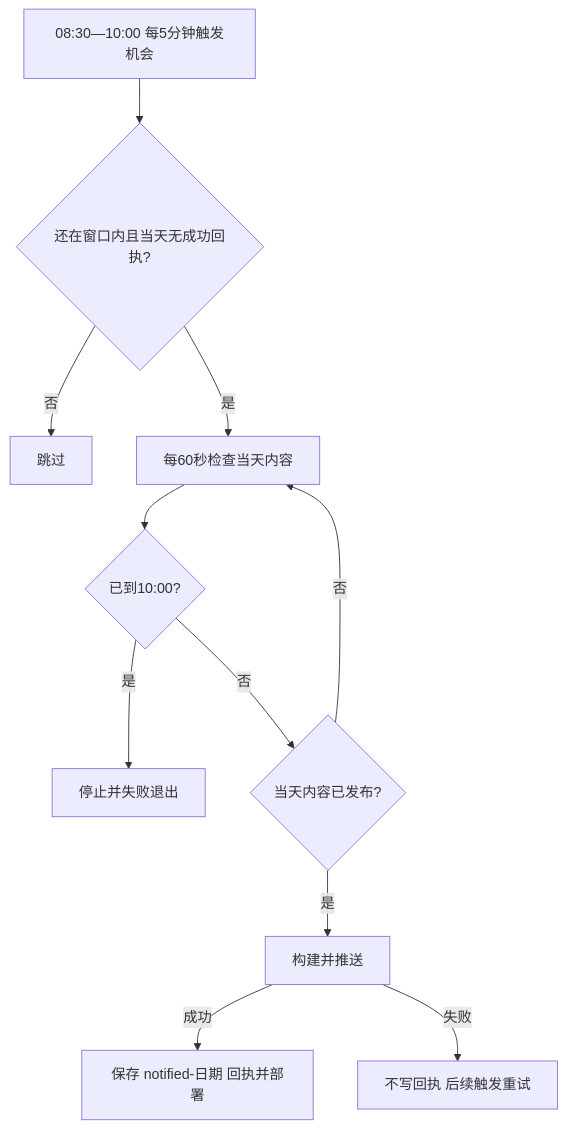
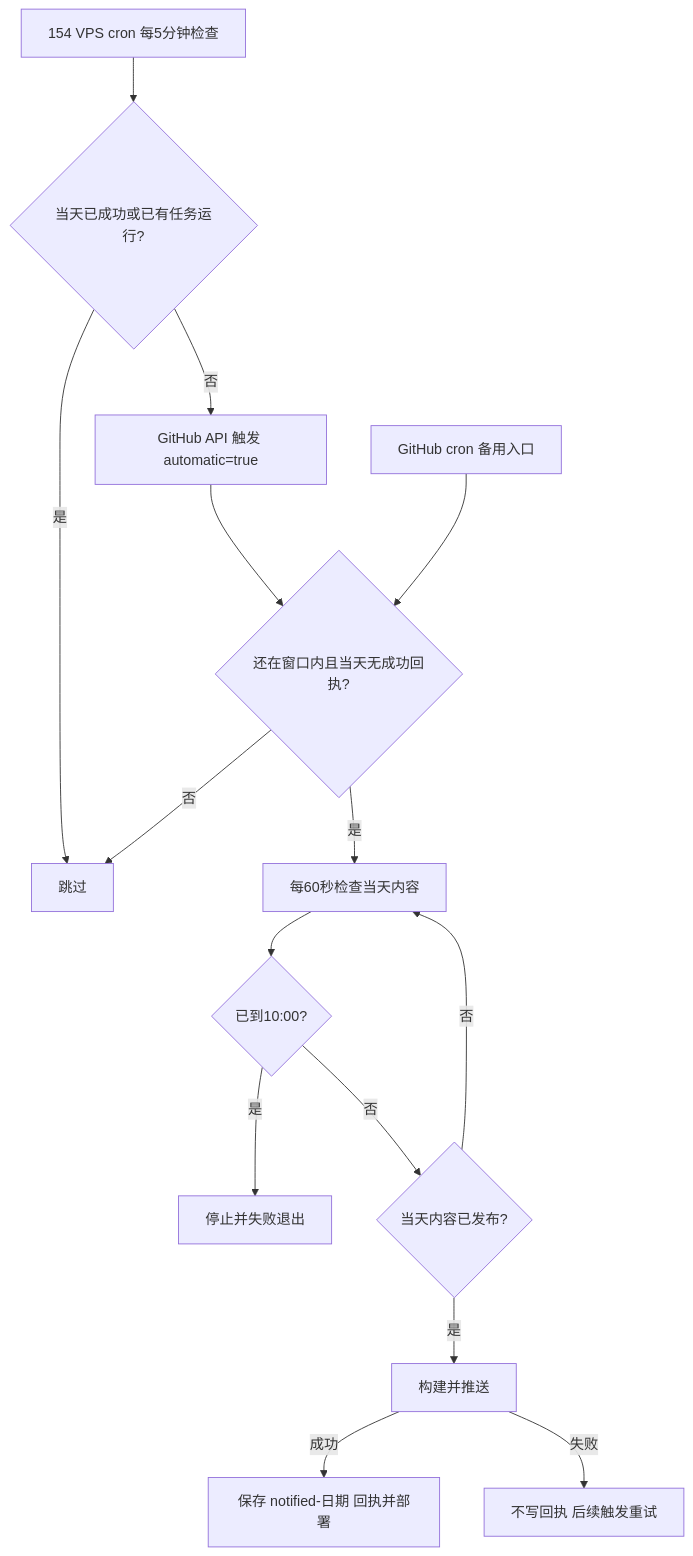
One commit to bufferducky/ai-daily changed the diagram in README.md. Above: the diagram before and after it, drawn with Mermaid. The commit also changed other lines of this file and 10 other files, not shown here.

````diff
--- a/README.md
+++ b/README.md
@@ -89,13 +92,17 @@
 ```mermaid
 flowchart TD
-    A[08:30—10:00 每5分钟触发机会] --> B{还在窗口内且当天无成功回执?}
+    A[154 VPS cron 每5分钟检查] --> A1{当天已成功或已有任务运行?}
+    A1 -->|是| C[跳过]
+    A1 -->|否| A2[GitHub API 触发 automatic=true]
+    A2 --> B{还在窗口内且当天无成功回执?}
+    A3[GitHub cron 备用入口] --> B
     B -->|否| C[跳过]
     B -->|是| D[每60秒检查当天内容]
     D --> E{已到10:00?}
     E -->|是| F[停止并失败退出]
     E -->|否| G{当天内容已发布?}
     G -->|否| D
     G -->|是| H[构建并推送]
     H -->|成功| I[保存 notified-日期 回执并部署]
     H -->|失败| J[不写回执 后续触发重试]
 ```
````
